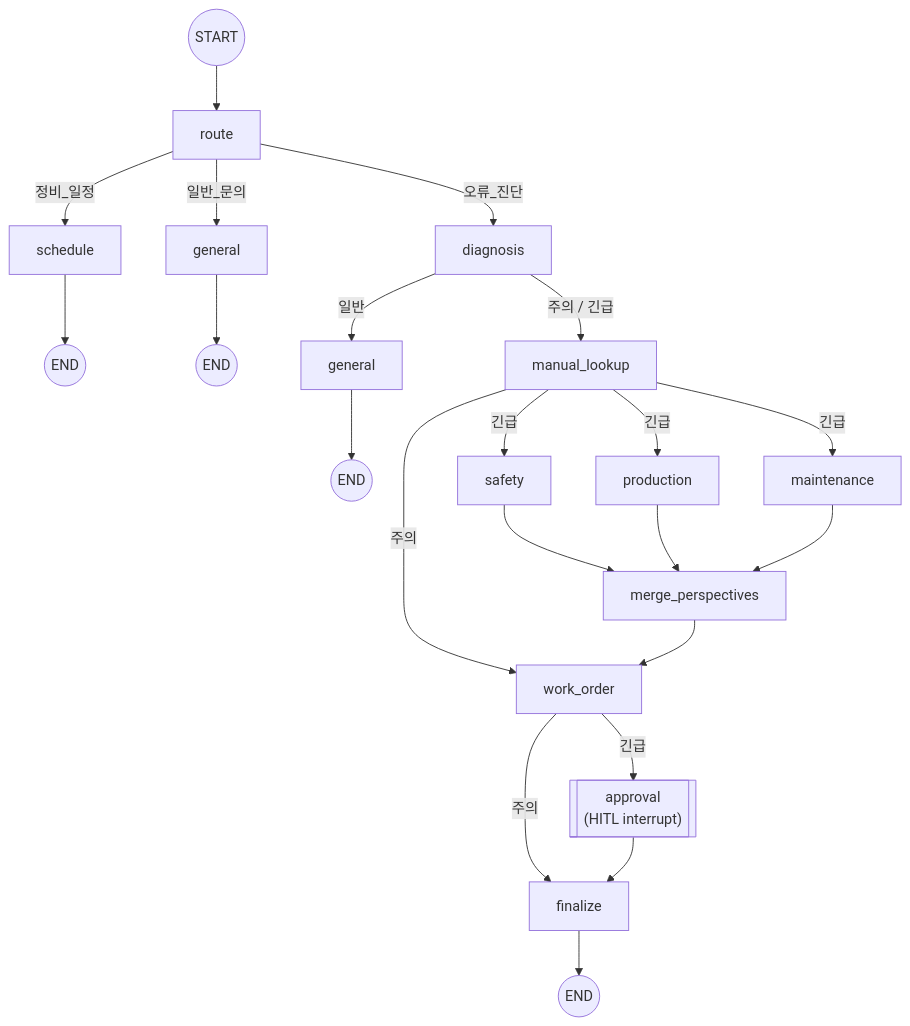
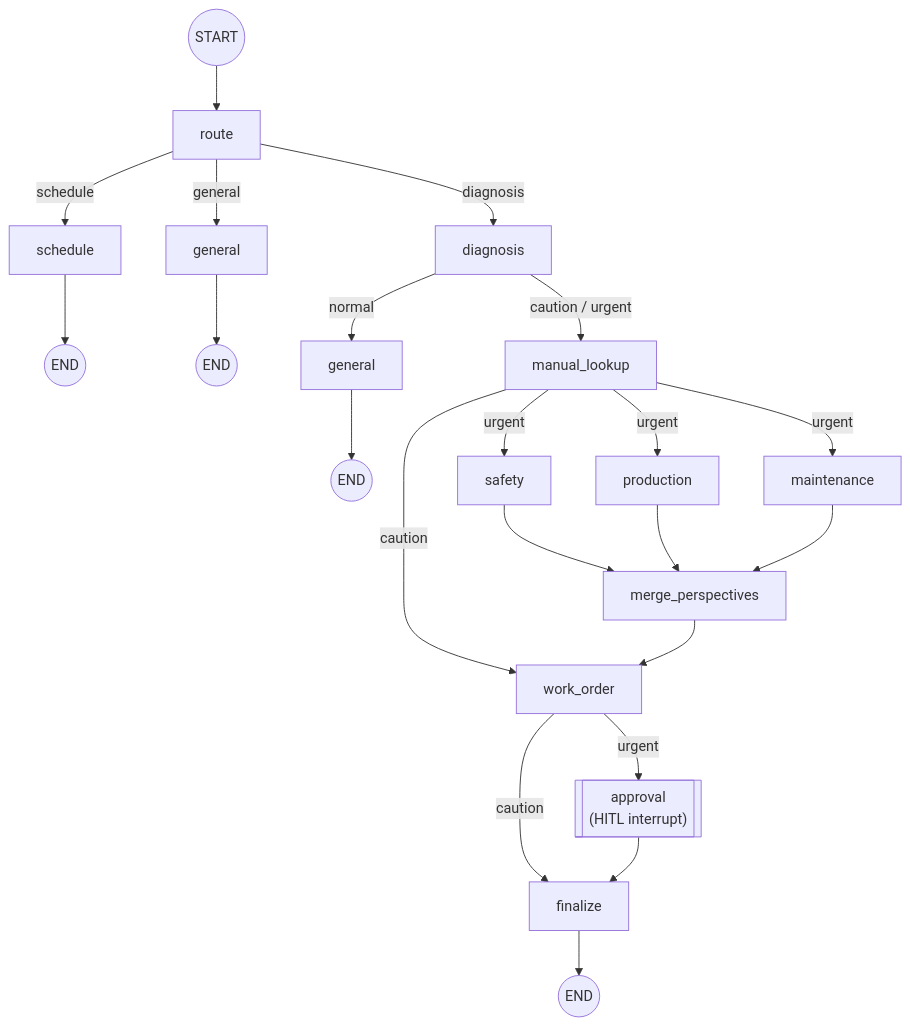
One commit to surplus96/uptime-copilot changed the second of 2 diagrams in docs/PORTFOLIO.md. Above: the diagram before and after it, drawn with Mermaid. The commit also changed other lines of this file and 3 other files, not shown here.

````diff
--- a/docs/PORTFOLIO.md
+++ b/docs/PORTFOLIO.md
@@ -85,21 +91,21 @@
 ```mermaid
 flowchart TD
     START(("START")) --> route["route"]
-    route -- "오류_진단" --> diagnosis["diagnosis"]
-    route -- "정비_일정" --> schedule["schedule"] --> ENDs(("END"))
-    route -- "일반_문의" --> general["general"] --> ENDg(("END"))
-    diagnosis -- "일반" --> general2["general"] --> ENDg2(("END"))
-    diagnosis -- "주의 / 긴급" --> manual["manual_lookup"]
-    manual -- "주의" --> wo["work_order"]
-    manual -- "긴급" --> safety["safety"]
-    manual -- "긴급" --> production["production"]
-    manual -- "긴급" --> maintenance["maintenance"]
+    route -- "diagnosis" --> diagnosis["diagnosis"]
+    route -- "schedule" --> schedule["schedule"] --> ENDs(("END"))
+    route -- "general" --> general["general"] --> ENDg(("END"))
+    diagnosis -- "normal" --> general2["general"] --> ENDg2(("END"))
+    diagnosis -- "caution / urgent" --> manual["manual_lookup"]
+    manual -- "caution" --> wo["work_order"]
+    manual -- "urgent" --> safety["safety"]
+    manual -- "urgent" --> production["production"]
+    manual -- "urgent" --> maintenance["maintenance"]
     safety --> merge["merge_perspectives"]
     production --> merge
     maintenance --> merge
     merge --> wo
-    wo -- "긴급" --> approval[["approval\n(HITL interrupt)"]]
-    wo -- "주의" --> finalize["finalize"]
+    wo -- "urgent" --> approval[["approval\n(HITL interrupt)"]]
+    wo -- "caution" --> finalize["finalize"]
     approval --> finalize
     finalize --> ENDf(("END"))
 ```
````
